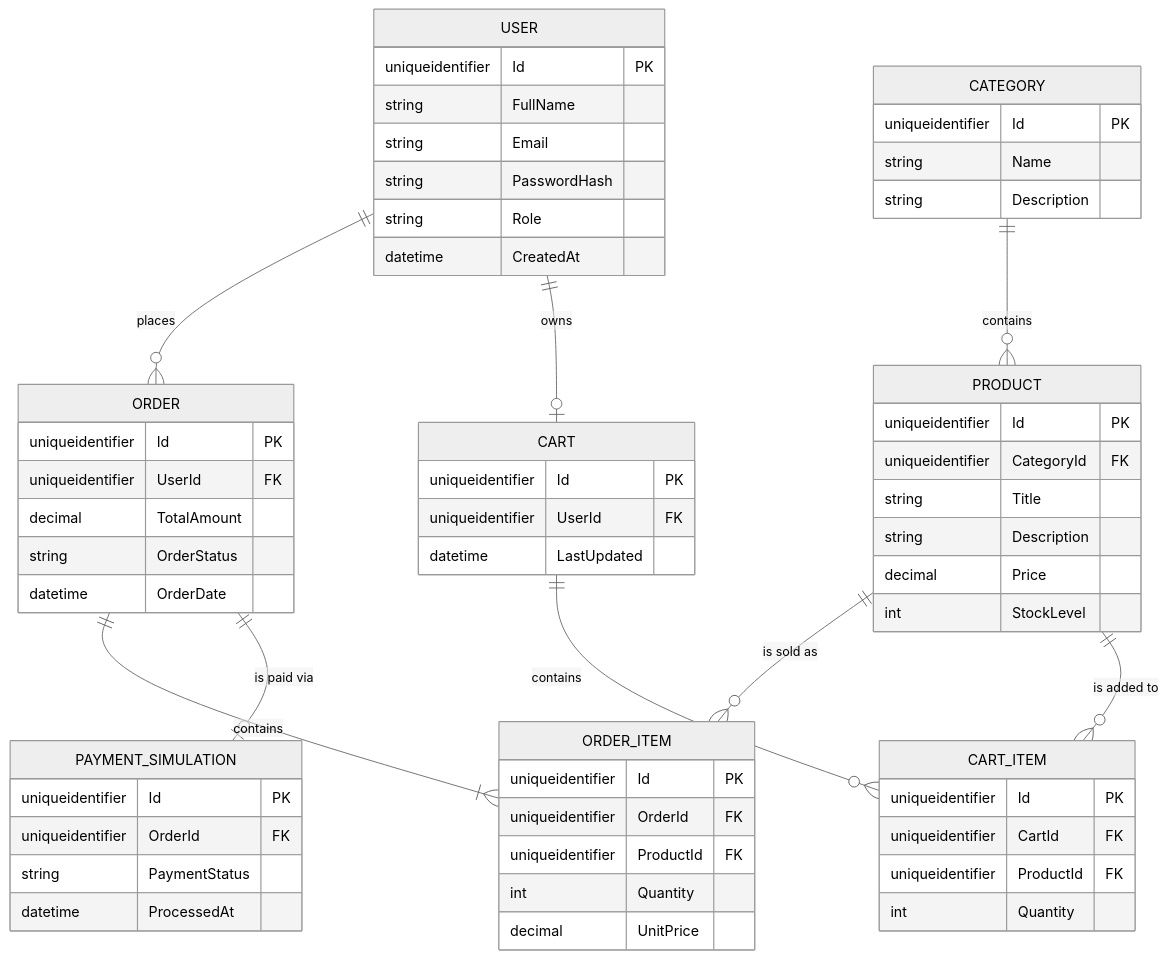
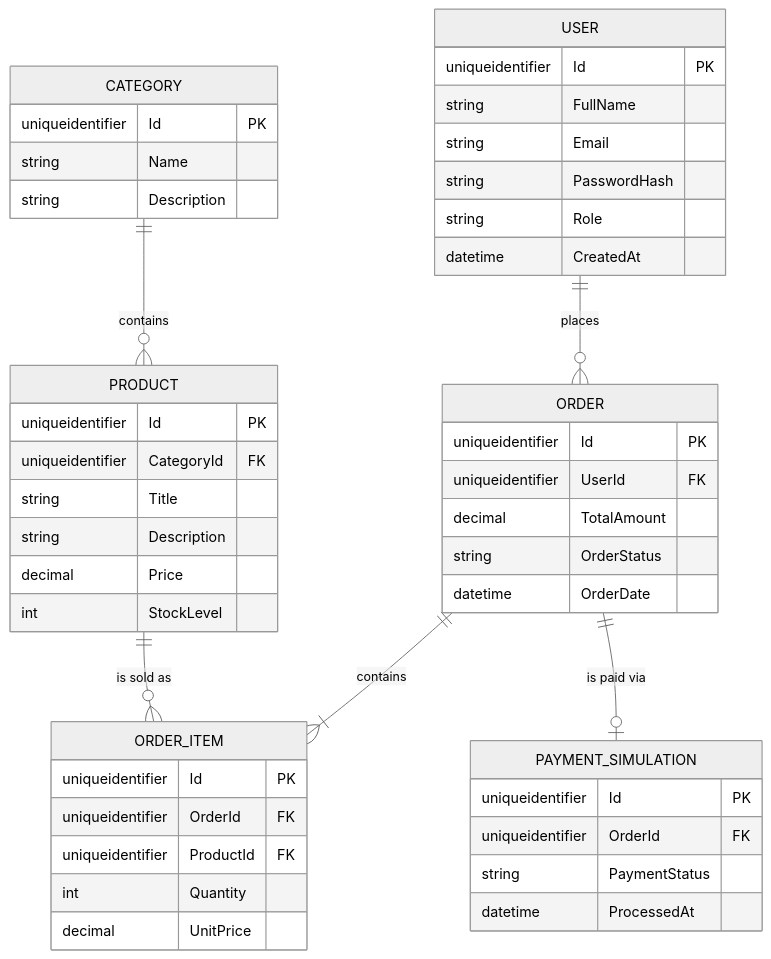
Before and after one commit to Kundan12218014/FastTrack-CapShop: the seventh of 16 diagrams in CapShop/docs/SystemArchitecture.md, drawn with Mermaid (neutral theme). The commit also changed other lines of this file and 95 other files, not shown here.

````diff
--- a/CapShop/docs/SystemArchitecture.md
+++ b/CapShop/docs/SystemArchitecture.md
@@ -248,71 +261,55 @@
 ```mermaid
 erDiagram
     USER {
         uniqueidentifier Id PK
         string FullName
         string Email
         string PasswordHash
         string Role
         datetime CreatedAt
     }
-    
+
     CATEGORY {
         uniqueidentifier Id PK
         string Name
         string Description
     }
-    
+
     PRODUCT {
         uniqueidentifier Id PK
         uniqueidentifier CategoryId FK
         string Title
         string Description
         decimal Price
         int StockLevel
     }
-    
+
     ORDER {
         uniqueidentifier Id PK
         uniqueidentifier UserId FK
         decimal TotalAmount
         string OrderStatus
         datetime OrderDate
     }
-    
+
     ORDER_ITEM {
         uniqueidentifier Id PK
         uniqueidentifier OrderId FK
         uniqueidentifier ProductId FK
         int Quantity
         decimal UnitPrice
-    }
-    
-    CART {
-        uniqueidentifier Id PK
-        uniqueidentifier UserId FK
-        datetime LastUpdated
-    }
-    
-    CART_ITEM {
-        uniqueidentifier Id PK
-        uniqueidentifier CartId FK
-        uniqueidentifier ProductId FK
-        int Quantity
     }
 
     PAYMENT_SIMULATION {
         uniqueidentifier Id PK
         uniqueidentifier OrderId FK
         string PaymentStatus
         datetime ProcessedAt
     }
 
     USER ||--o{ ORDER : "places"
-    USER ||--o| CART : "owns"
     CATEGORY ||--o{ PRODUCT : "contains"
     ORDER ||--|{ ORDER_ITEM : "contains"
     PRODUCT ||--o{ ORDER_ITEM : "is sold as"
-    CART ||--o{ CART_ITEM : "contains"
-    PRODUCT ||--o{ CART_ITEM : "is added to"
     ORDER ||--o| PAYMENT_SIMULATION : "is paid via"
 ```
````
